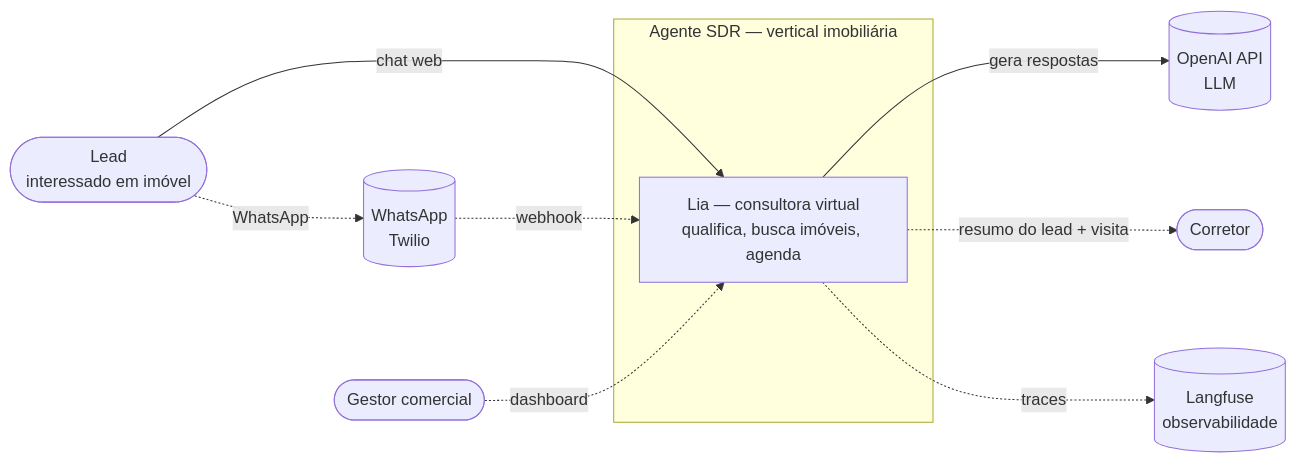
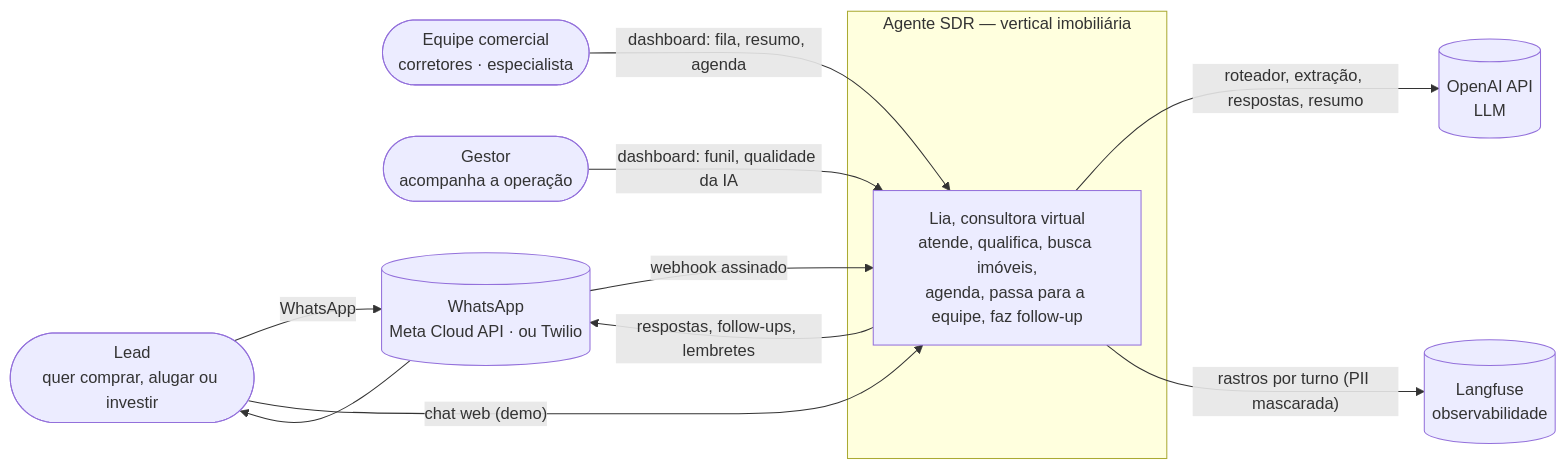
The first of 13 diagrams in docs/arquitetura.md (amaranini/tech-challenge-fase-5), drawn with Mermaid before and after one commit. The commit also changed other lines of this file and 22 other files, not shown here.

````diff
--- a/docs/arquitetura.md
+++ b/docs/arquitetura.md
@@ -31,21 +31,22 @@
 ```mermaid
 flowchart LR
-    lead([Lead<br/>interessado em imóvel])
-    corretor([Corretor])
-    gestor([Gestor comercial])
+    lead([Lead<br/>quer comprar, alugar ou investir])
+    equipe([Equipe comercial<br/>corretores · especialista])
+    gestor([Gestor<br/>acompanha a operação])
 
     subgraph sdr[Agente SDR — vertical imobiliária]
-        sistema[Lia — consultora virtual<br/>qualifica, busca imóveis, agenda]
+        sistema[Lia, consultora virtual<br/>atende, qualifica, busca imóveis,<br/>agenda, passa para a equipe, faz follow-up]
     end
 
+    meta[(WhatsApp<br/>Meta Cloud API · ou Twilio)]
     openai[(OpenAI API<br/>LLM)]
-    whatsapp[(WhatsApp<br/>Twilio)]
     langfuse[(Langfuse<br/>observabilidade)]
 
-    lead -- chat web --> sistema
-    lead -. WhatsApp .-> whatsapp -. webhook .-> sistema
-    sistema -- gera respostas --> openai
-    sistema -. resumo do lead + visita .-> corretor
-    gestor -. dashboard .-> sistema
-    sistema -. traces .-> langfuse
+    lead -- "WhatsApp" --> meta -- "webhook assinado" --> sistema
+    sistema -- "respostas, follow-ups, lembretes" --> meta --> lead
+    lead -- "chat web (demo)" --> sistema
+    equipe -- "dashboard: fila, resumo, agenda" --> sistema
+    gestor -- "dashboard: funil, qualidade da IA" --> sistema
+    sistema -- "roteador, extração, respostas, resumo" --> openai
+    sistema -- "rastros por turno (PII mascarada)" --> langfuse
 ```
````
